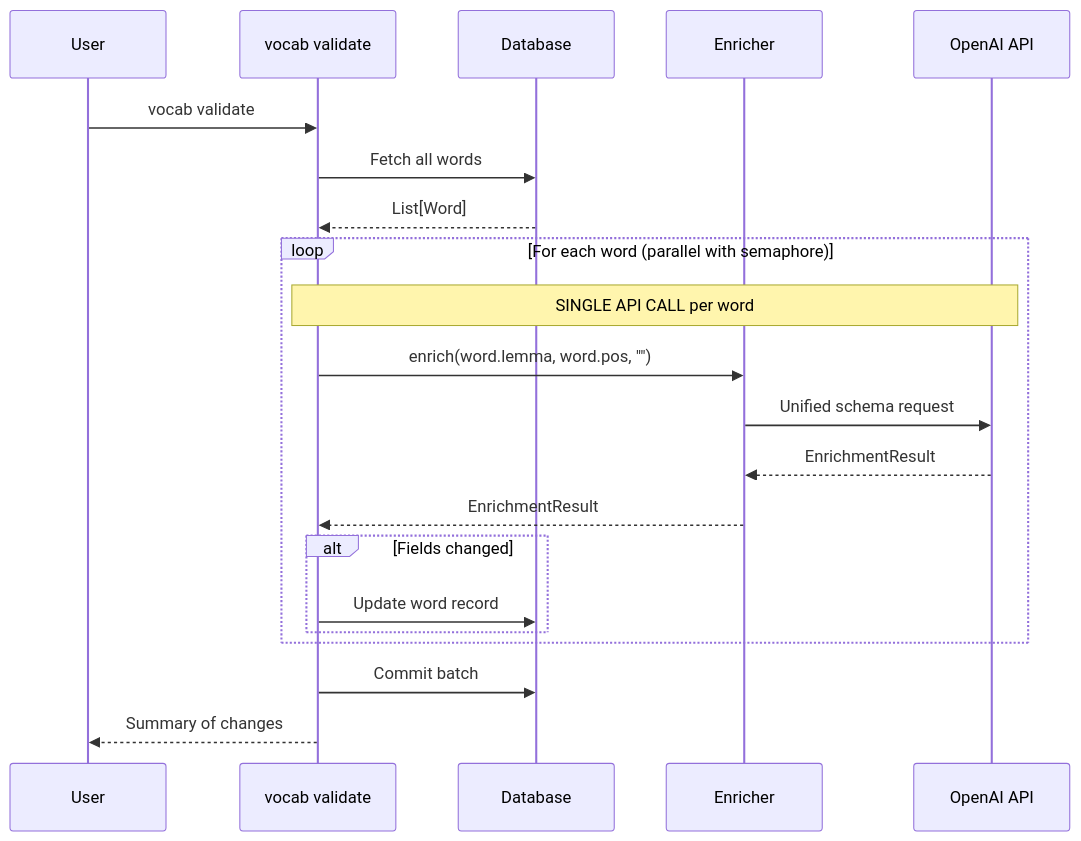
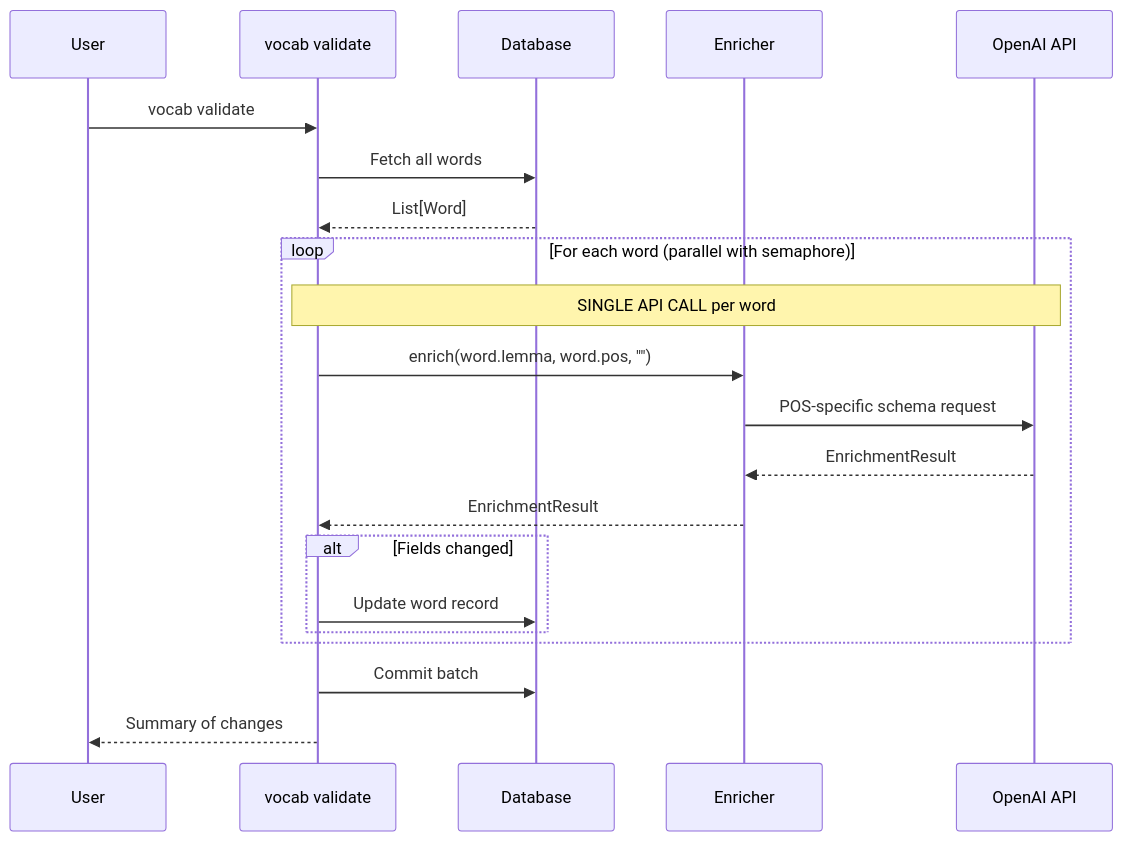
Before and after one commit to sapientpants/vocabext: the sixth of 9 diagrams in docs/llm-pipelines.md, drawn with Mermaid. The commit also changed other lines of this file and 7 other files, not shown here.

First line of the commit message:
refactor: simplify enrichment with POS-specific schemas

````diff
--- a/docs/llm-pipelines.md
+++ b/docs/llm-pipelines.md
@@ -274,29 +296,29 @@
 ```mermaid
 sequenceDiagram
     participant User
     participant CLI as vocab validate
     participant DB as Database
     participant Enricher
     participant API as OpenAI API
 
     User->>CLI: vocab validate
 
     CLI->>DB: Fetch all words
     DB-->>CLI: List[Word]
 
     loop For each word (parallel with semaphore)
         Note over CLI,API: SINGLE API CALL per word
         CLI->>Enricher: enrich(word.lemma, word.pos, "")
-        Enricher->>API: Unified schema request
+        Enricher->>API: POS-specific schema request
         API-->>Enricher: EnrichmentResult
 
         Enricher-->>CLI: EnrichmentResult
 
         alt Fields changed
             CLI->>DB: Update word record
         end
     end
 
     CLI->>DB: Commit batch
     CLI-->>User: Summary of changes
 ```
````
